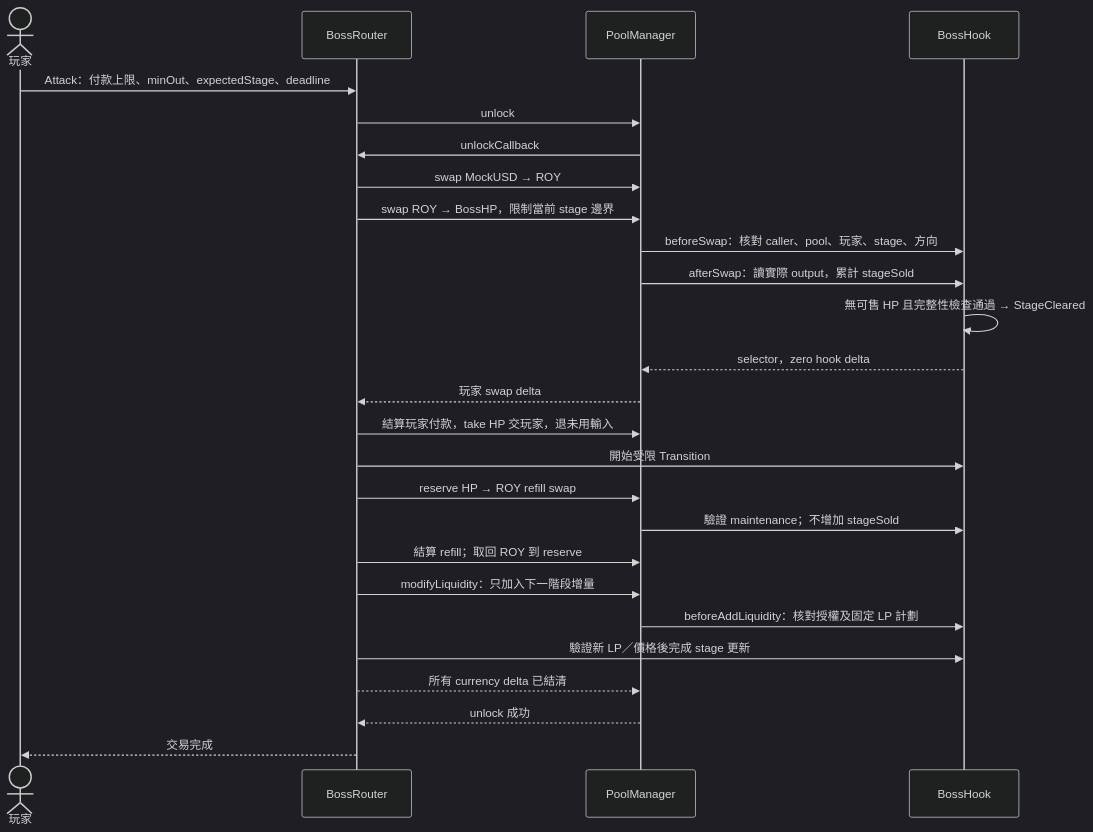
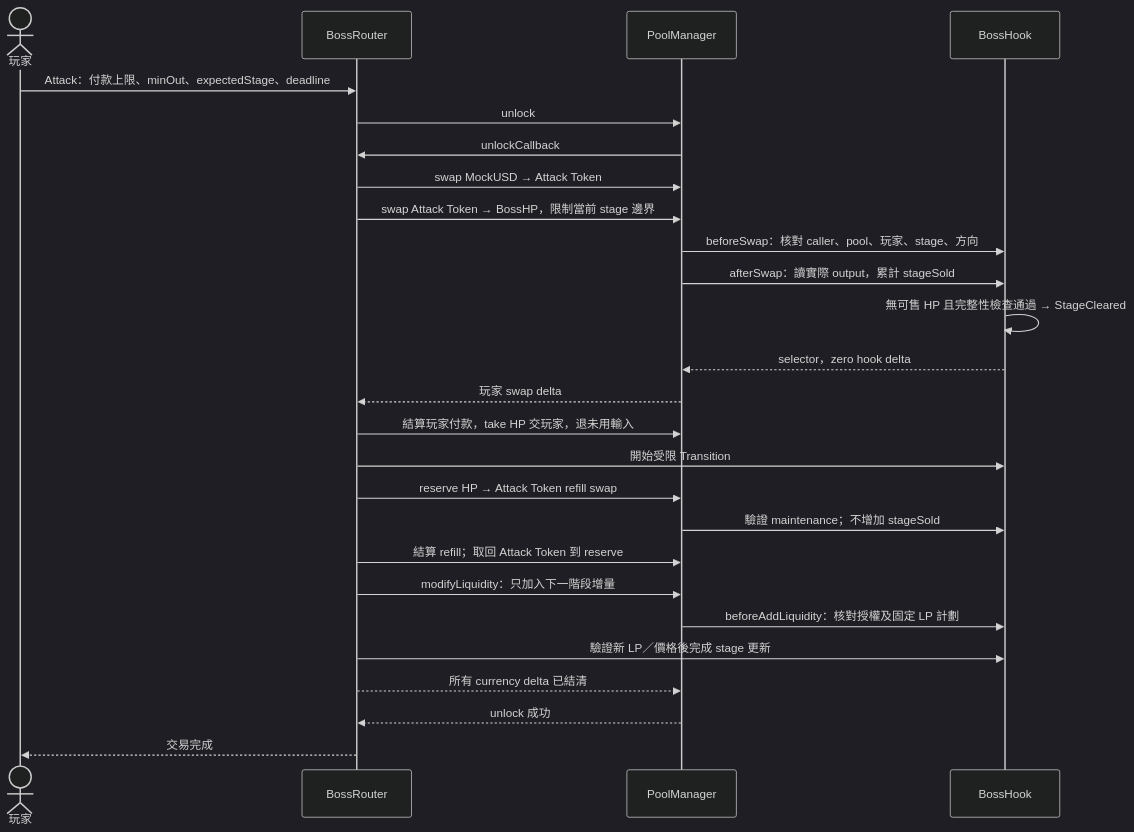
The third of 4 diagrams in docs/contract-game-diagrams.md (0xroylee/eth-global-2026-tokyo), drawn with Mermaid (dark theme) before and after one commit. The commit also changed other lines of this file and 31 other files, not shown here.

Commit message:
docs: define live battle integration and Attack Token naming

````diff
--- a/docs/contract-game-diagrams.md
+++ b/docs/contract-game-diagrams.md
@@ -43,28 +43,28 @@
 ```mermaid
 sequenceDiagram
     actor W as 玩家
     participant R as BossRouter
     participant PM as PoolManager
     participant H as BossHook
     W->>R: Attack：付款上限、minOut、expectedStage、deadline
     R->>PM: unlock
     PM->>R: unlockCallback
-    R->>PM: swap MockUSD → ROY
-    R->>PM: swap ROY → BossHP，限制當前 stage 邊界
+    R->>PM: swap MockUSD → Attack Token
+    R->>PM: swap Attack Token → BossHP，限制當前 stage 邊界
     PM->>H: beforeSwap：核對 caller、pool、玩家、stage、方向
     PM->>H: afterSwap：讀實際 output，累計 stageSold
     H->>H: 無可售 HP 且完整性檢查通過 → StageCleared
     H-->>PM: selector，zero hook delta
     PM-->>R: 玩家 swap delta
     R->>PM: 結算玩家付款，take HP 交玩家，退未用輸入
     R->>H: 開始受限 Transition
-    R->>PM: reserve HP → ROY refill swap
+    R->>PM: reserve HP → Attack Token refill swap
     PM->>H: 驗證 maintenance；不增加 stageSold
-    R->>PM: 結算 refill；取回 ROY 到 reserve
+    R->>PM: 結算 refill；取回 Attack Token 到 reserve
     R->>PM: modifyLiquidity：只加入下一階段增量
     PM->>H: beforeAddLiquidity：核對授權及固定 LP 計劃
     R->>H: 驗證新 LP／價格後完成 stage 更新
     R-->>PM: 所有 currency delta 已結清
     PM-->>R: unlock 成功
     R-->>W: 交易完成
 ```
````
